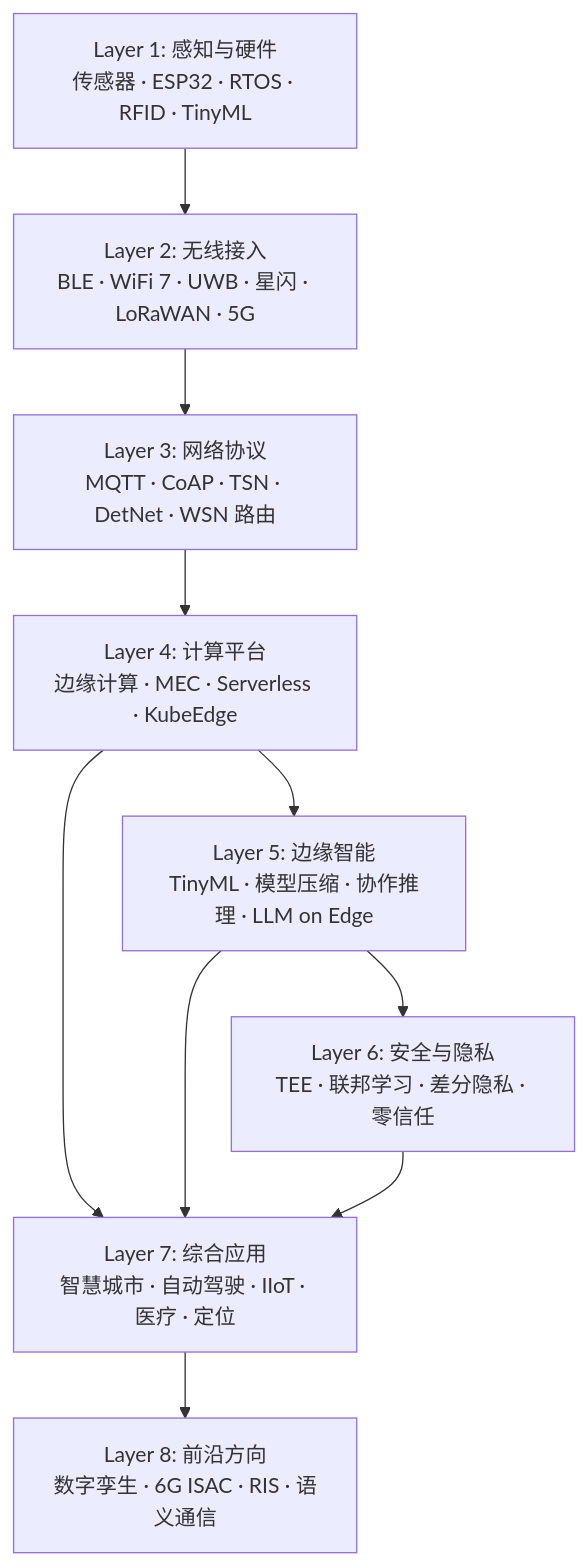
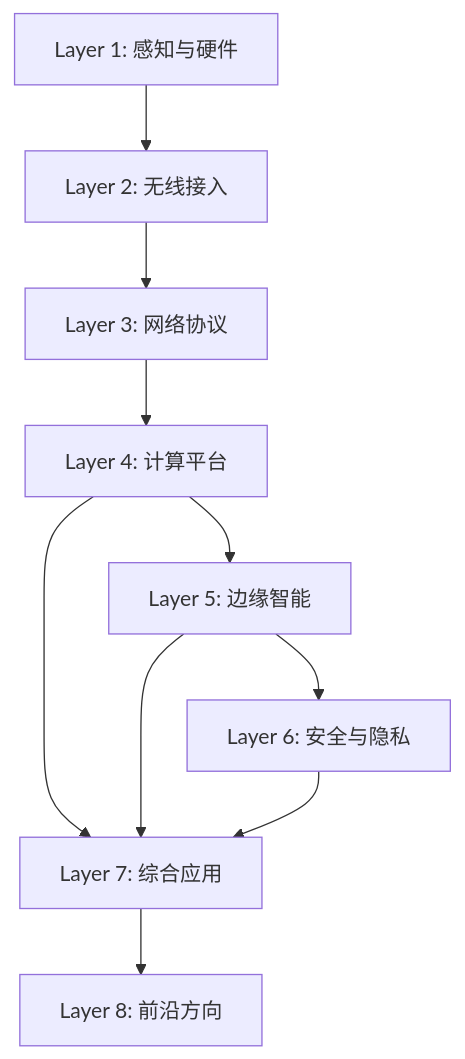
One commit to estelledc/iot changed the diagram in docs/index.md. Above: the diagram before and after it, drawn with Mermaid. The commit also changed other lines of this file and 10 other files, not shown here.

````diff
--- a/docs/index.md
+++ b/docs/index.md
@@ -21,26 +128,17 @@
 ```mermaid
 graph TB
-    L8[Layer 8: 前沿方向<br/>数字孪生 · 6G ISAC · RIS · 语义通信]
-    L7[Layer 7: 综合应用<br/>智慧城市 · 自动驾驶 · IIoT · 医疗 · 定位]
-    L6[Layer 6: 安全与隐私<br/>TEE · 联邦学习 · 差分隐私 · 零信任]
-    L5[Layer 5: 边缘智能<br/>TinyML · 模型压缩 · 协作推理 · LLM on Edge]
-    L4[Layer 4: 计算平台<br/>边缘计算 · MEC · Serverless · KubeEdge]
-    L3[Layer 3: 网络协议<br/>MQTT · CoAP · TSN · DetNet · WSN 路由]
-    L2[Layer 2: 无线接入<br/>BLE · WiFi 7 · UWB · 星闪 · LoRaWAN · 5G]
-    L1[Layer 1: 感知与硬件<br/>传感器 · ESP32 · RTOS · RFID · TinyML]
+    L8[Layer 8: 前沿方向]
+    L7[Layer 7: 综合应用]
+    L6[Layer 6: 安全与隐私]
+    L5[Layer 5: 边缘智能]
+    L4[Layer 4: 计算平台]
+    L3[Layer 3: 网络协议]
+    L2[Layer 2: 无线接入]
+    L1[Layer 1: 感知与硬件]
 
     L1 --> L2 --> L3 --> L4 --> L5 --> L6
     L4 --> L7
     L5 --> L7
     L6 --> L7
     L7 --> L8
-
-    click L1 "foundation/" "感知与硬件"
-    click L2 "connectivity/" "无线接入"
-    click L3 "network/" "网络协议"
-    click L4 "computing/" "计算平台"
-    click L5 "intelligence/" "边缘智能"
-    click L6 "security/" "安全与隐私"
-    click L7 "applications/" "综合应用"
-    click L8 "frontier/" "前沿方向"
 ```
````
